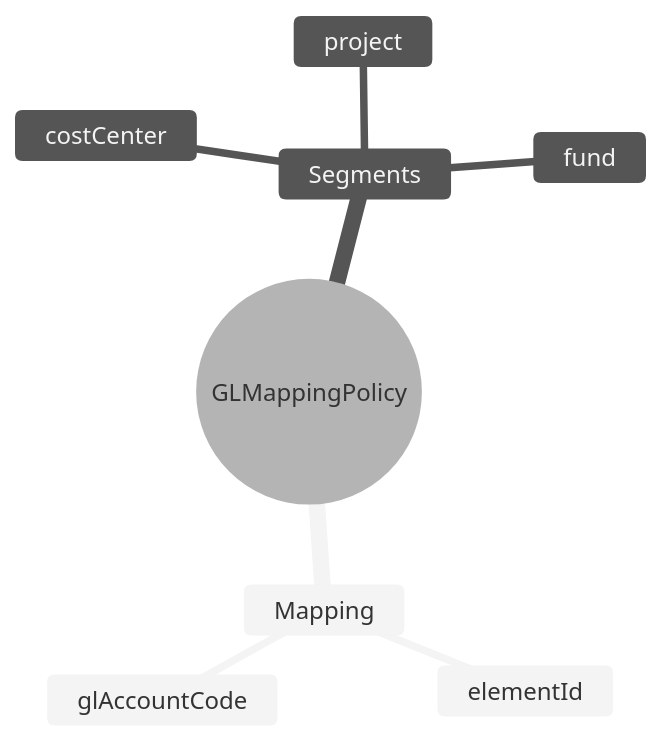
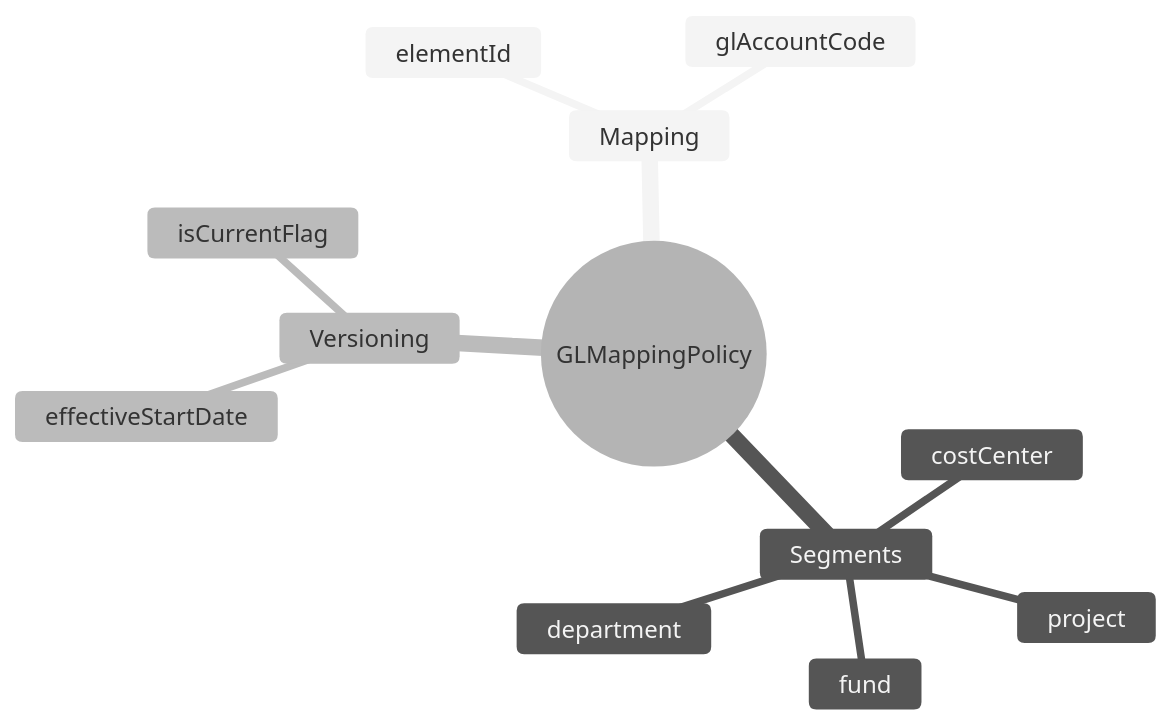
The first of 4 diagrams in docs/01-modules/PR/00-ontology/domain/accounting/gl-mapping-policy.onto.md (a4b-corporation/xTalent), drawn with Mermaid (neutral theme) before and after one commit. The commit also changed other lines of this file and 21 other files, not shown here.

````diff
--- a/docs/01-modules/PR/00-ontology/domain/accounting/gl-mapping-policy.onto.md
+++ b/docs/01-modules/PR/00-ontology/domain/accounting/gl-mapping-policy.onto.md
@@ -106,11 +112,15 @@
 ```mermaid
 mindmap
   root((GLMappingPolicy))
     Mapping
       elementId
       glAccountCode
     Segments
       costCenter
       project
       fund
+      department
+    Versioning
+      effectiveStartDate
+      isCurrentFlag
 ```
````
